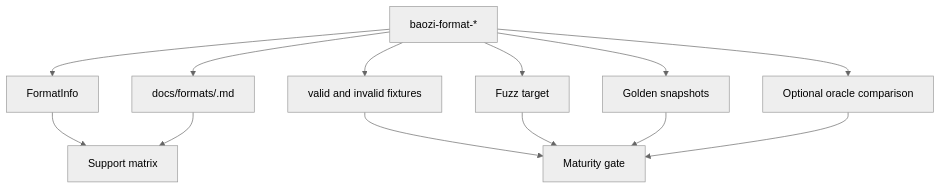
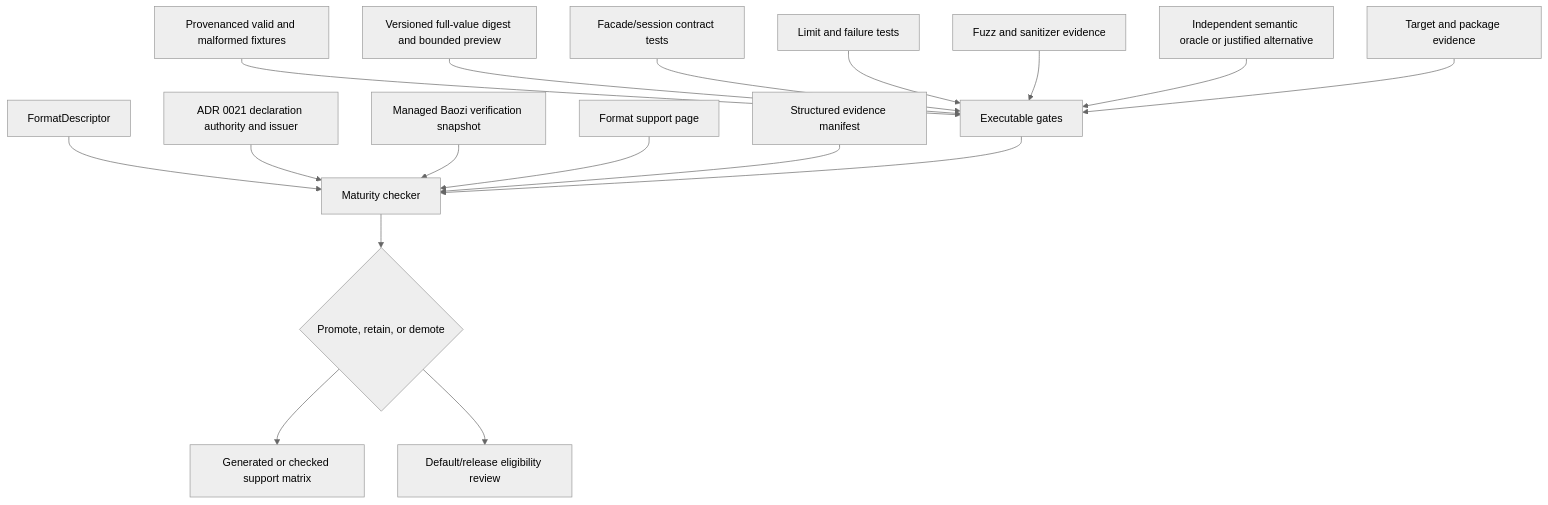
Before and after one commit to Latias94/baozi: the diagram in docs/adr/0011-format-support-tiers-and-compatibility-charter.md, drawn with Mermaid (neutral theme). The commit also changed other lines of this file and 978 other files, not shown here.

````diff
--- a/docs/adr/0011-format-support-tiers-and-compatibility-charter.md
+++ b/docs/adr/0011-format-support-tiers-and-compatibility-charter.md
@@ -37,16 +121,19 @@
 ```mermaid
 flowchart TD
-    FormatCrate[baozi-format-*] --> FormatInfo[FormatInfo]
-    FormatCrate --> FormatDoc[docs/formats/<format>.md]
-    FormatCrate --> Fixtures[valid and invalid fixtures]
-    FormatCrate --> Fuzz[Fuzz target]
-    FormatCrate --> Snapshots[Golden snapshots]
-    FormatCrate --> Oracle[Optional oracle comparison]
-
-    FormatInfo --> Matrix[Support matrix]
-    FormatDoc --> Matrix
-    Fixtures --> Gate[Maturity gate]
-    Fuzz --> Gate
-    Snapshots --> Gate
-    Oracle --> Gate
+    Descriptor[FormatDescriptor] --> Checker[Maturity checker]
+    Declaration[ADR 0021 declaration authority and issuer] --> Checker
+    Managed[Managed Baozi verification snapshot] --> Checker
+    Support[Format support page] --> Checker
+    Structured[Structured evidence manifest] --> Checker
+    Fixtures[Provenanced valid and malformed fixtures] --> Tests[Executable gates]
+    Golden[Versioned full-value digest and bounded preview] --> Tests
+    Facade[Facade/session contract tests] --> Tests
+    Limits[Limit and failure tests] --> Tests
+    Fuzz[Fuzz and sanitizer evidence] --> Tests
+    Oracle[Independent semantic oracle or justified alternative] --> Tests
+    Targets[Target and package evidence] --> Tests
+    Tests --> Checker
+    Checker --> Promotion{Promote, retain, or demote}
+    Promotion --> Matrix[Generated or checked support matrix]
+    Promotion --> Release[Default/release eligibility review]
 ```
````
